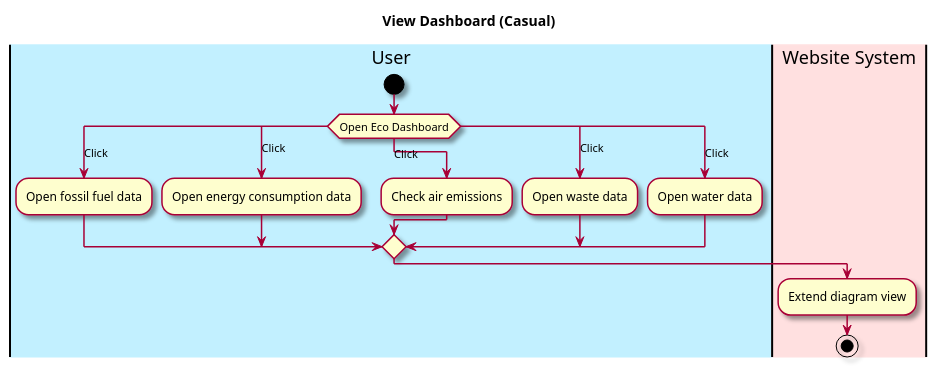
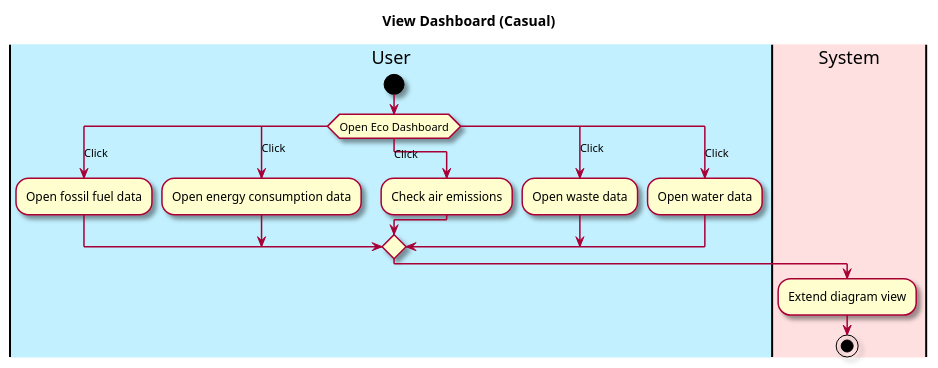
The diagram in intellij/doc/Functional Specification/view-dashboard.md (owhitleym-ui/EcoScoop), drawn with PlantUML before and after one commit. The commit also changed other lines of this file and 7 other files, not shown here.

````diff
--- a/intellij/doc/Functional Specification/view-dashboard.md
+++ b/intellij/doc/Functional Specification/view-dashboard.md
@@ -41,30 +23,30 @@
 ```plantuml
 @startuml
 
 skin rose
 
 title View Dashboard (Casual)
 
 'define the lanes
 |#application|User|
-|#implementation|Website System|
+|#implementation|System|
 
 |User|
 start
 switch (Open Eco Dashboard)
     case (Click)
     :Open fossil fuel data;
     case (Click)
     :Open energy consumption data;
     case (Click)
     :Check air emissions;
     case(Click)
     :Open waste data;
     case (Click)
     :Open water data;
 endswitch
-|Website System|
+|System|
 :Extend diagram view;
 stop
 @enduml
 ```
````
